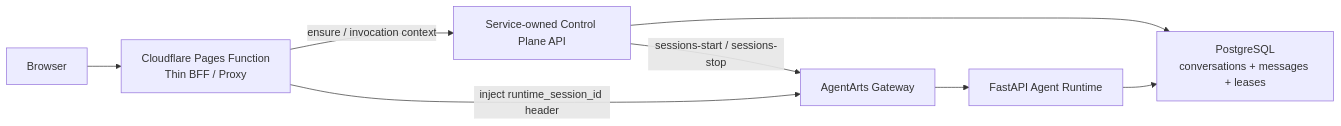
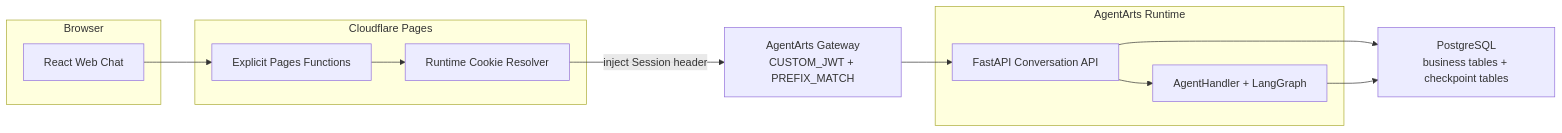
The first of 4 diagrams in personal-assistant-meta/issues/features/feature-14-multi-session-runtime-prewarm/plan.md (T-1009/personal-assistant), drawn with Mermaid before and after one commit. The commit also changed other lines of this file and 3 other files, not shown here.

First line of the commit message:
docs: simplify feature-14 design by removing sessions-start dependency and control plane

````diff
--- a/personal-assistant-meta/issues/features/feature-14-multi-session-runtime-prewarm/plan.md
+++ b/personal-assistant-meta/issues/features/feature-14-multi-session-runtime-prewarm/plan.md
@@ -56,10 +60,28 @@
 ```mermaid
 flowchart LR
-    Browser["Browser"] --> BFF["Cloudflare Pages Function<br/>Thin BFF / Proxy"]
-    BFF -->|"ensure / invocation context"| CP["Service-owned Control Plane API"]
-    CP --> DB["PostgreSQL<br/>conversations + messages + leases"]
-    CP -->|"sessions-start / sessions-stop"| Gateway["AgentArts Gateway"]
-    BFF -->|"inject runtime_session_id header"| Gateway
-    Gateway --> Runtime["FastAPI Agent Runtime"]
-    Runtime --> DB
+    subgraph Browser["Browser"]
+        UI["React Web Chat"]
+    end
+
+    subgraph Cloudflare["Cloudflare Pages"]
+        Routes["Explicit Pages Functions"]
+        Resolver["Runtime Cookie Resolver"]
+    end
+
+    GW["AgentArts Gateway<br/>CUSTOM_JWT + PREFIX_MATCH"]
+
+    subgraph Runtime["AgentArts Runtime"]
+        API["FastAPI Conversation API"]
+        Agent["AgentHandler + LangGraph"]
+    end
+
+    DB["PostgreSQL<br/>business tables + checkpoint tables"]
+
+    UI --> Routes
+    Routes --> Resolver
+    Resolver -->|"inject Session header"| GW
+    GW --> API
+    API --> DB
+    API --> Agent
+    Agent --> DB
 ```
````
